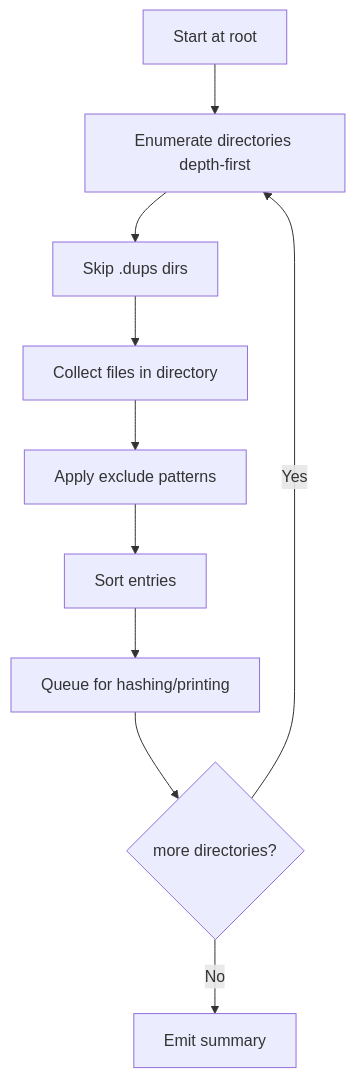
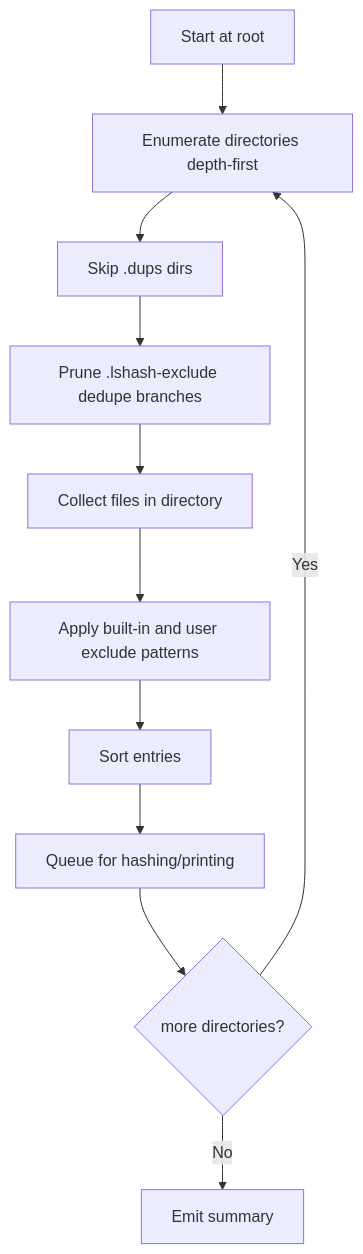
One commit to ngpepin/lshash changed the fifth of 15 diagrams in ARCHITECTURE.md. Above: the diagram before and after it, drawn with Mermaid. The commit also changed other lines of this file and 5 other files, not shown here.

````diff
--- a/ARCHITECTURE.md
+++ b/ARCHITECTURE.md
@@ -94,12 +94,13 @@
 ```mermaid
 flowchart TD
   A[Start at root] --> B[Enumerate directories depth-first]
   B --> C[Skip .dups dirs]
-  C --> D[Collect files in directory]
-  D --> E[Apply exclude patterns]
-  E --> F[Sort entries]
-  F --> G[Queue for hashing/printing]
-  G --> H{more directories?}
-  H -->|Yes| B
-  H -->|No| I[Emit summary]
+   C --> D[Prune .lshash-exclude dedupe branches]
+   D --> E[Collect files in directory]
+   E --> F[Apply built-in and user exclude patterns]
+   F --> G[Sort entries]
+   G --> H[Queue for hashing/printing]
+   H --> I{more directories?}
+   I -->|Yes| B
+   I -->|No| J[Emit summary]
 ```
````
